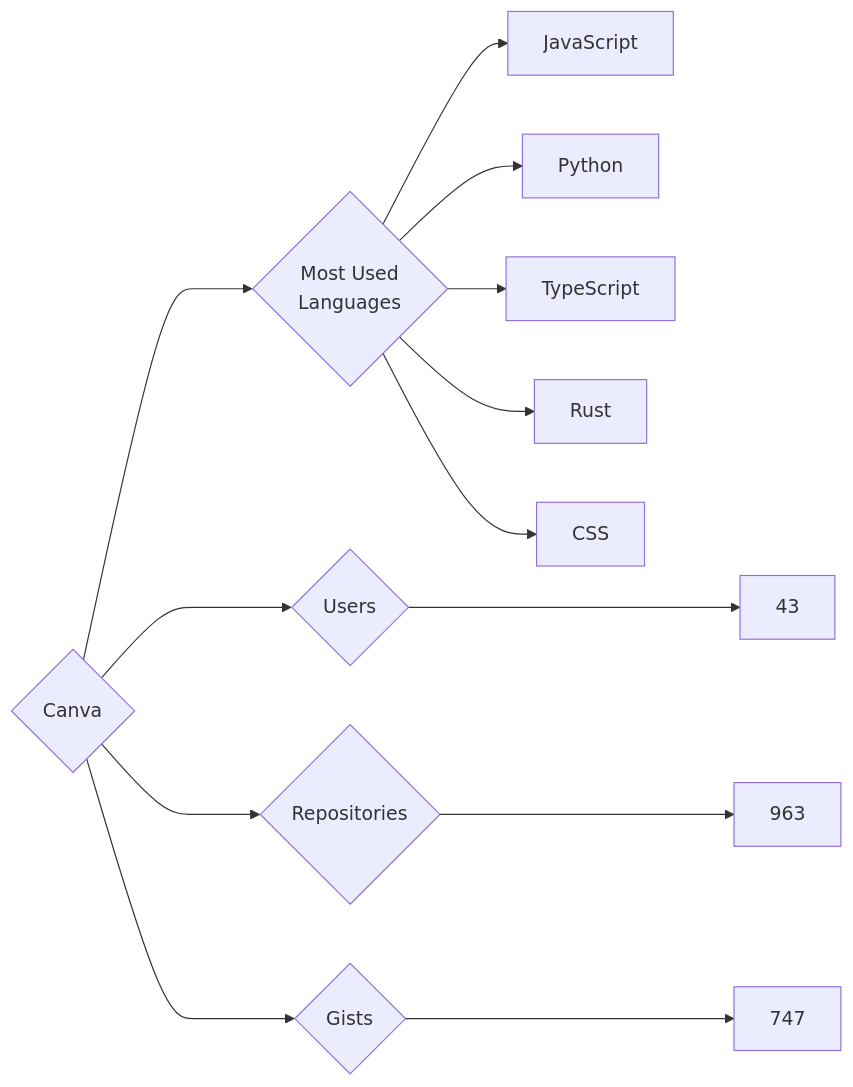
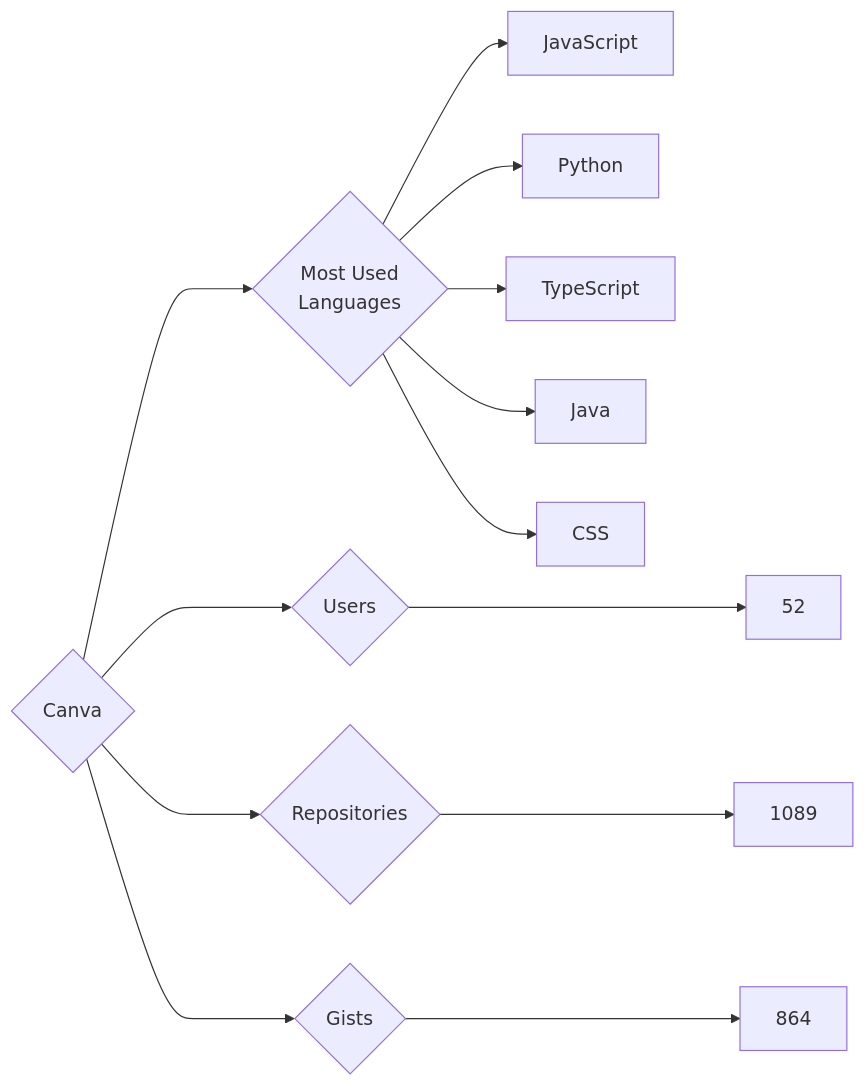
Before and after one commit to trickest/insiders: the diagram in targets/Canva/README.md, drawn with Mermaid. The commit also changed 682 other files, not shown here.

````diff
--- a/targets/Canva/README.md
+++ b/targets/Canva/README.md
@@ -3,13 +3,13 @@
 ```mermaid
 graph LR
 COMPANY_NAME{Canva}
-COMPANY_NAME ---> U{Users} ---> UN[43]
-COMPANY_NAME ---> R{Repositories} ---> RN[963]
-COMPANY_NAME ---> G{Gists} ---> GN[747]
+COMPANY_NAME ---> U{Users} ---> UN[52]
+COMPANY_NAME ---> R{Repositories} ---> RN[1089]
+COMPANY_NAME ---> G{Gists} ---> GN[864]
 COMPANY_NAME ---> ML{Most Used<br>Languages}
 ML --> JavaScript[JavaScript]
 ML --> Python[Python]
 ML --> TypeScript[TypeScript]
-ML --> Rust[Rust]
+ML --> Java[Java]
 ML --> CSS[CSS]
 ```
````
